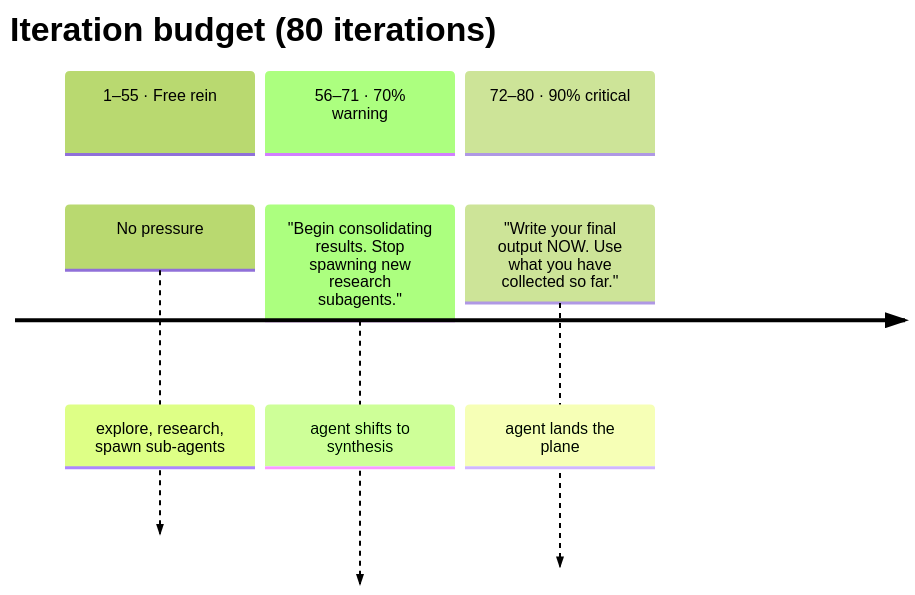
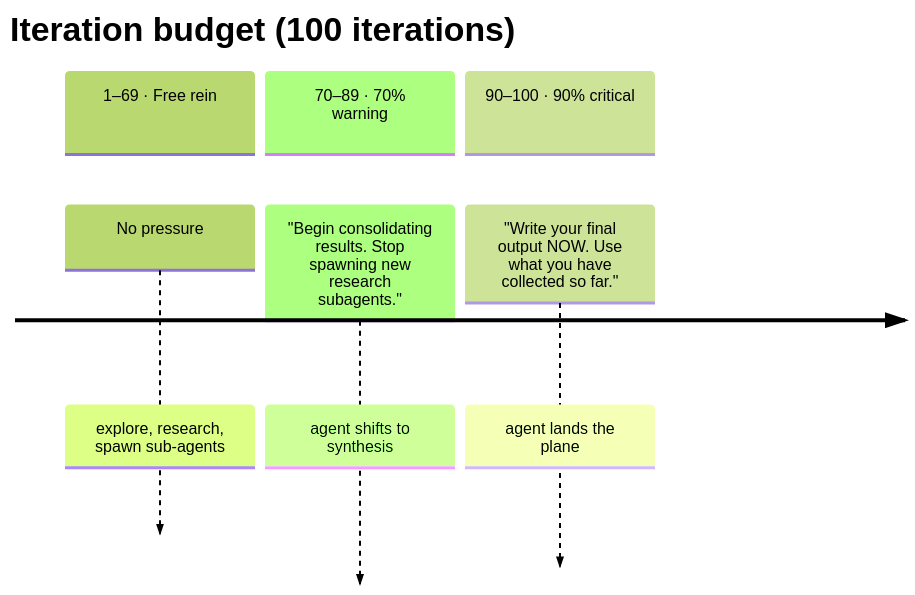
Before and after one commit to lvndry/jazz: the third of 4 diagrams in docs/internals/agent-loop.md, drawn with Mermaid (forest theme). The commit also changed other lines of this file and 58 other files, not shown here.

````diff
--- a/docs/internals/agent-loop.md
+++ b/docs/internals/agent-loop.md
@@ -97,10 +97,10 @@
 ```mermaid
 timeline
-    title Iteration budget (80 iterations)
-    section 1–55 · Free rein
+    title Iteration budget (100 iterations)
+    section 1–69 · Free rein
         No pressure : explore, research, spawn sub-agents
-    section 56–71 · 70% warning
+    section 70–89 · 70% warning
         "Begin consolidating results. Stop spawning new research subagents." : agent shifts to synthesis
-    section 72–80 · 90% critical
+    section 90–100 · 90% critical
         "Write your final output NOW. Use what you have collected so far." : agent lands the plane
 ```
````
